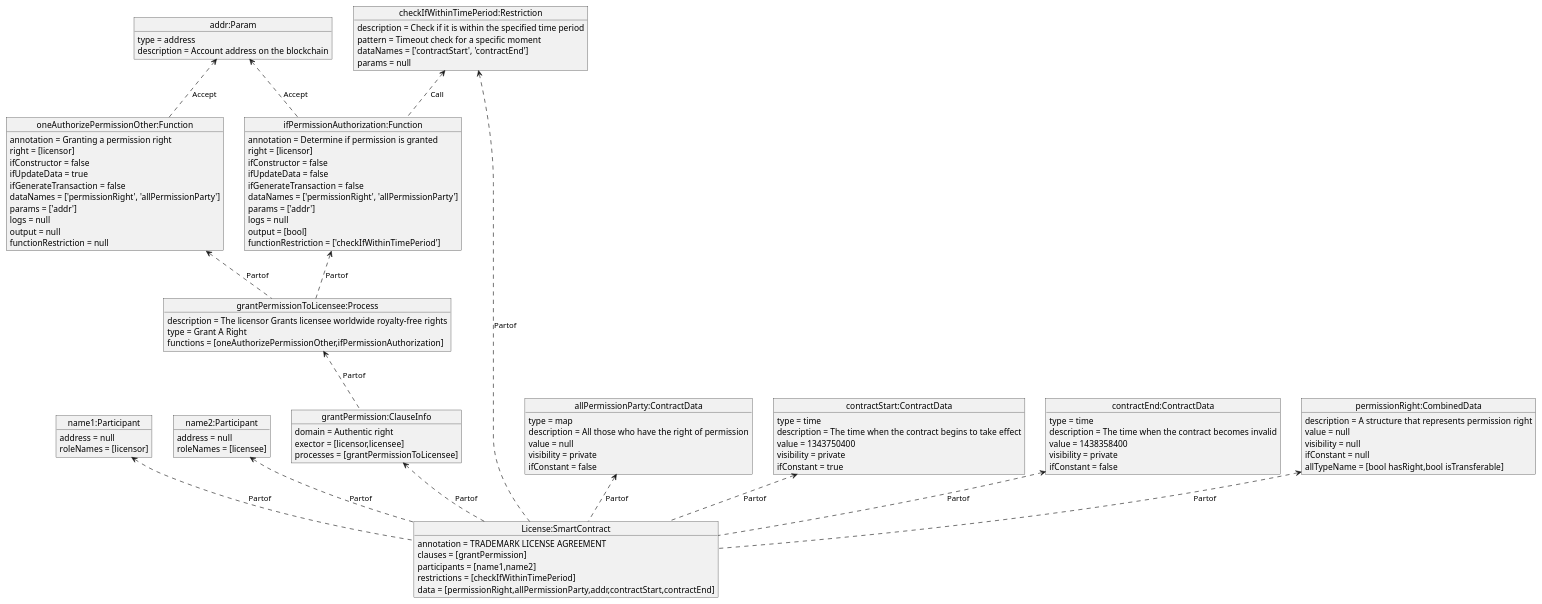
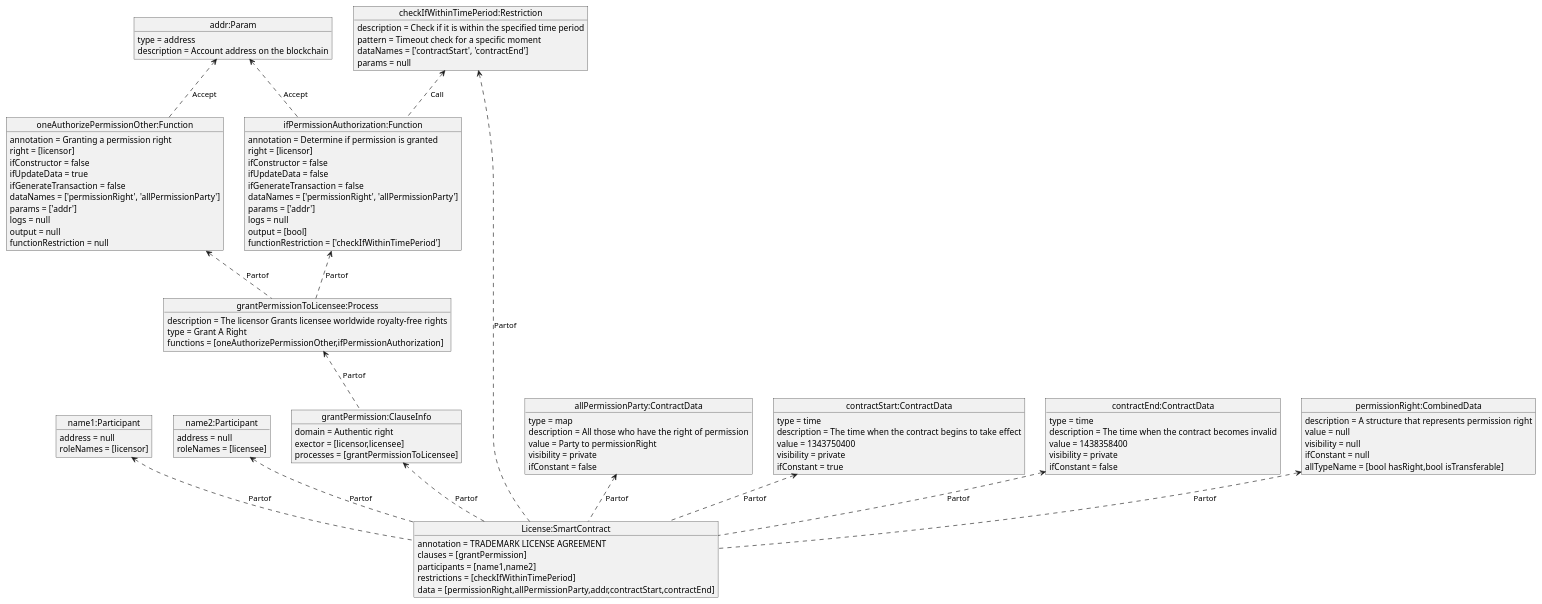
The diagram in plantUML_dia/a_result.puml (HIT-LWY/sc_MDA_code), drawn with PlantUML before and after one commit. The commit also changed 3 other files, not shown here.

```diff
--- a/plantUML_dia/a_result.puml
+++ b/plantUML_dia/a_result.puml
@@ -1,90 +1,90 @@
 @startuml
 object "License:SmartContract" as License
 License : annotation = TRADEMARK LICENSE AGREEMENT
 License : clauses = [grantPermission]
 License : participants = [name1,name2]
 License : restrictions = [checkIfWithinTimePeriod]
 License : data = [permissionRight,allPermissionParty,addr,contractStart,contractEnd]
 object "name1:Participant" as name1
 name1 : address = null
 name1 : roleNames = [licensor]
 object "name2:Participant" as name2
 name2 : address = null
 name2 : roleNames = [licensee]
 object "grantPermission:ClauseInfo" as grantPermission
 grantPermission : domain = Authentic right
 grantPermission : exector = [licensor,licensee]
 grantPermission : processes = [grantPermissionToLicensee]
 object "grantPermissionToLicensee:Process" as grantPermissionToLicensee
 grantPermissionToLicensee : description = The licensor Grants licensee worldwide royalty-free rights
 grantPermissionToLicensee : type = Grant A Right
 grantPermissionToLicensee : functions = [oneAuthorizePermissionOther,ifPermissionAuthorization]
 object "oneAuthorizePermissionOther:Function" as oneAuthorizePermissionOther
 oneAuthorizePermissionOther : annotation = Granting a permission right
 oneAuthorizePermissionOther : right = [licensor]
 oneAuthorizePermissionOther : ifConstructor = false
 oneAuthorizePermissionOther : ifUpdateData = true
 oneAuthorizePermissionOther : ifGenerateTransaction = false
 oneAuthorizePermissionOther : dataNames = ['permissionRight', 'allPermissionParty']
 oneAuthorizePermissionOther : params = ['addr']
 oneAuthorizePermissionOther : logs = null
 oneAuthorizePermissionOther : output = null
 oneAuthorizePermissionOther : functionRestriction = null
 object "ifPermissionAuthorization:Function" as ifPermissionAuthorization
 ifPermissionAuthorization : annotation = Determine if permission is granted
 ifPermissionAuthorization : right = [licensor]
 ifPermissionAuthorization : ifConstructor = false
 ifPermissionAuthorization : ifUpdateData = false
 ifPermissionAuthorization : ifGenerateTransaction = false
 ifPermissionAuthorization : dataNames = ['permissionRight', 'allPermissionParty']
 ifPermissionAuthorization : params = ['addr']
 ifPermissionAuthorization : logs = null
 ifPermissionAuthorization : output = [bool]
 ifPermissionAuthorization : functionRestriction = ['checkIfWithinTimePeriod']
 object "checkIfWithinTimePeriod:Restriction" as checkIfWithinTimePeriod
 checkIfWithinTimePeriod : description = Check if it is within the specified time period
 checkIfWithinTimePeriod : pattern = Timeout check for a specific moment
 checkIfWithinTimePeriod : dataNames = ['contractStart', 'contractEnd']
 checkIfWithinTimePeriod : params = null
 object "allPermissionParty:ContractData" as allPermissionParty
 allPermissionParty : type = map
 allPermissionParty : description = All those who have the right of permission
-allPermissionParty : value = null
+allPermissionParty : value = Party to permissionRight
 allPermissionParty : visibility = private
 allPermissionParty : ifConstant = false
 object "contractStart:ContractData" as contractStart
 contractStart : type = time
 contractStart : description = The time when the contract begins to take effect
 contractStart : value = 1343750400
 contractStart : visibility = private
 contractStart : ifConstant = true
 object "contractEnd:ContractData" as contractEnd
 contractEnd : type = time
 contractEnd : description = The time when the contract becomes invalid
 contractEnd : value = 1438358400
 contractEnd : visibility = private
 contractEnd : ifConstant = false
 object "permissionRight:CombinedData" as permissionRight
 permissionRight : description = A structure that represents permission right
 permissionRight : value = null
 permissionRight : visibility = null
 permissionRight : ifConstant = null
 permissionRight : allTypeName = [bool hasRight,bool isTransferable]
 object "addr:Param" as addr
 addr : type = address
 addr : description = Account address on the blockchain
 name1<.. License: Partof
 name2<.. License: Partof
 grantPermission<.. License: Partof
 grantPermissionToLicensee<.. grantPermission: Partof
 oneAuthorizePermissionOther<.. grantPermissionToLicensee: Partof
 ifPermissionAuthorization<.. grantPermissionToLicensee: Partof
 checkIfWithinTimePeriod<.. ifPermissionAuthorization: Call
 checkIfWithinTimePeriod<.. License: Partof
 permissionRight<.. License: Partof
 allPermissionParty<.. License: Partof
 contractStart<.. License: Partof
 contractEnd<.. License: Partof
 addr<..oneAuthorizePermissionOther: Accept
 addr<..ifPermissionAuthorization: Accept
 @enduml
```
